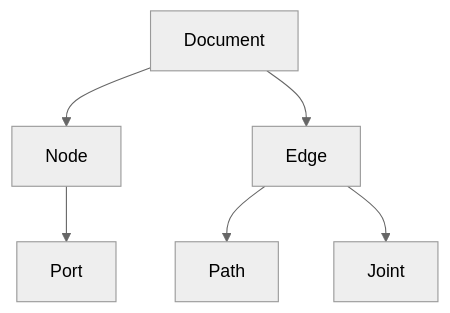
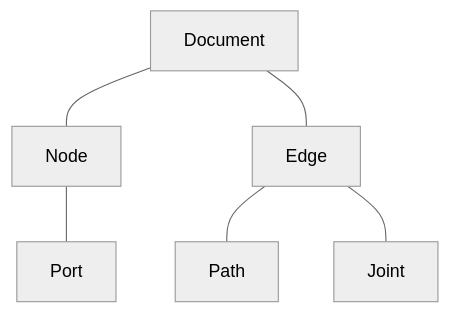
Before and after one commit to alexlafalce/exploring-odoo: the diagram in README.md, drawn with Mermaid (neutral theme). The commit also changed other lines of this file and 1 other file, not shown here.

````diff
--- a/README.md
+++ b/README.md
@@ -12,8 +10,8 @@
 ```mermaid
-graph TD  
-    Document --> Node["Node"]  
-    Document --> Edge["Edge"]  
-    Node --> Port["Port"]  
-    Edge --> Path["Path"]  
-    Edge --> Joint["Joint"]  
+graph TD
+    Document --- Node["Node"]
+    Document --- Edge["Edge"]
+    Node --- Port["Port"]
+    Edge --- Path["Path"]
+    Edge --- Joint["Joint"]
 ```
````
